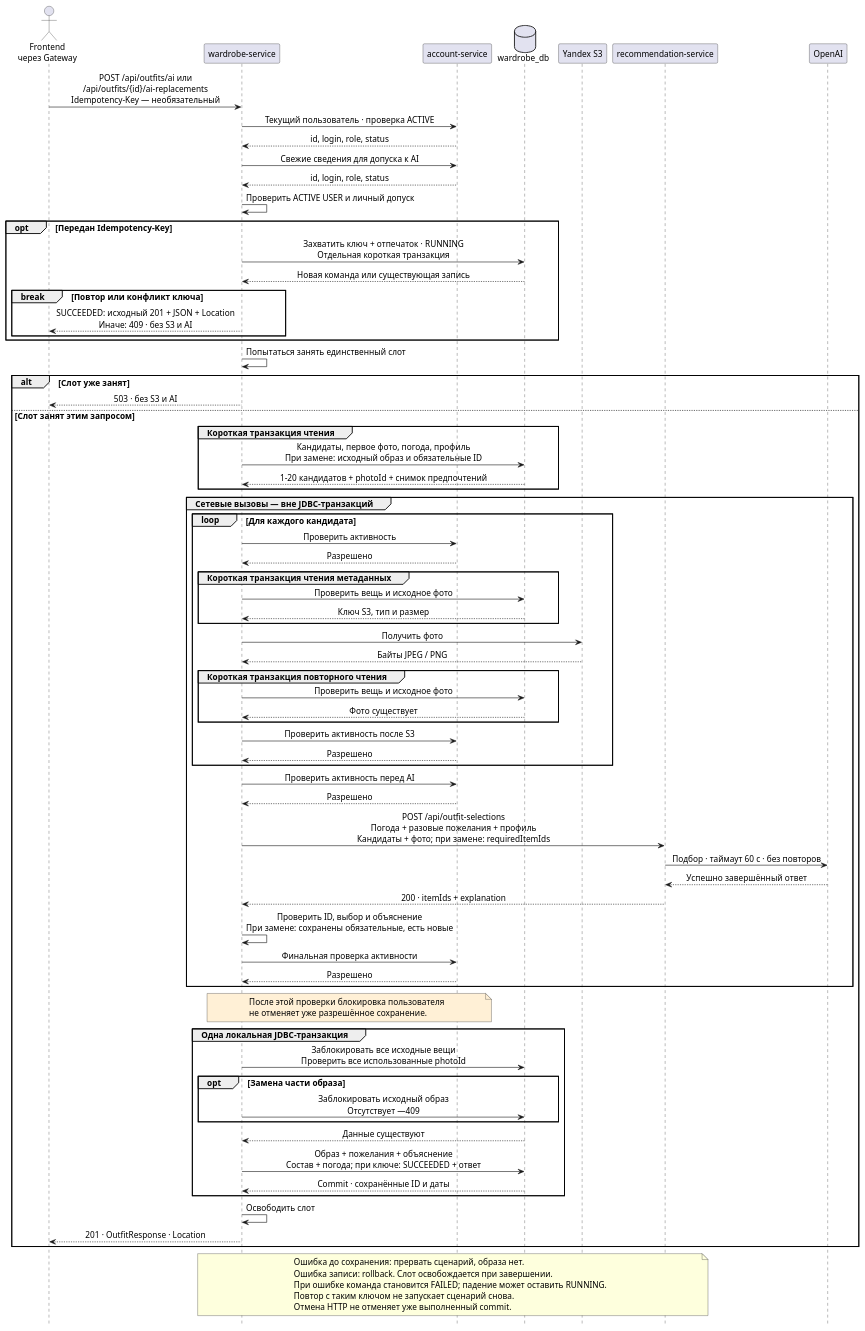
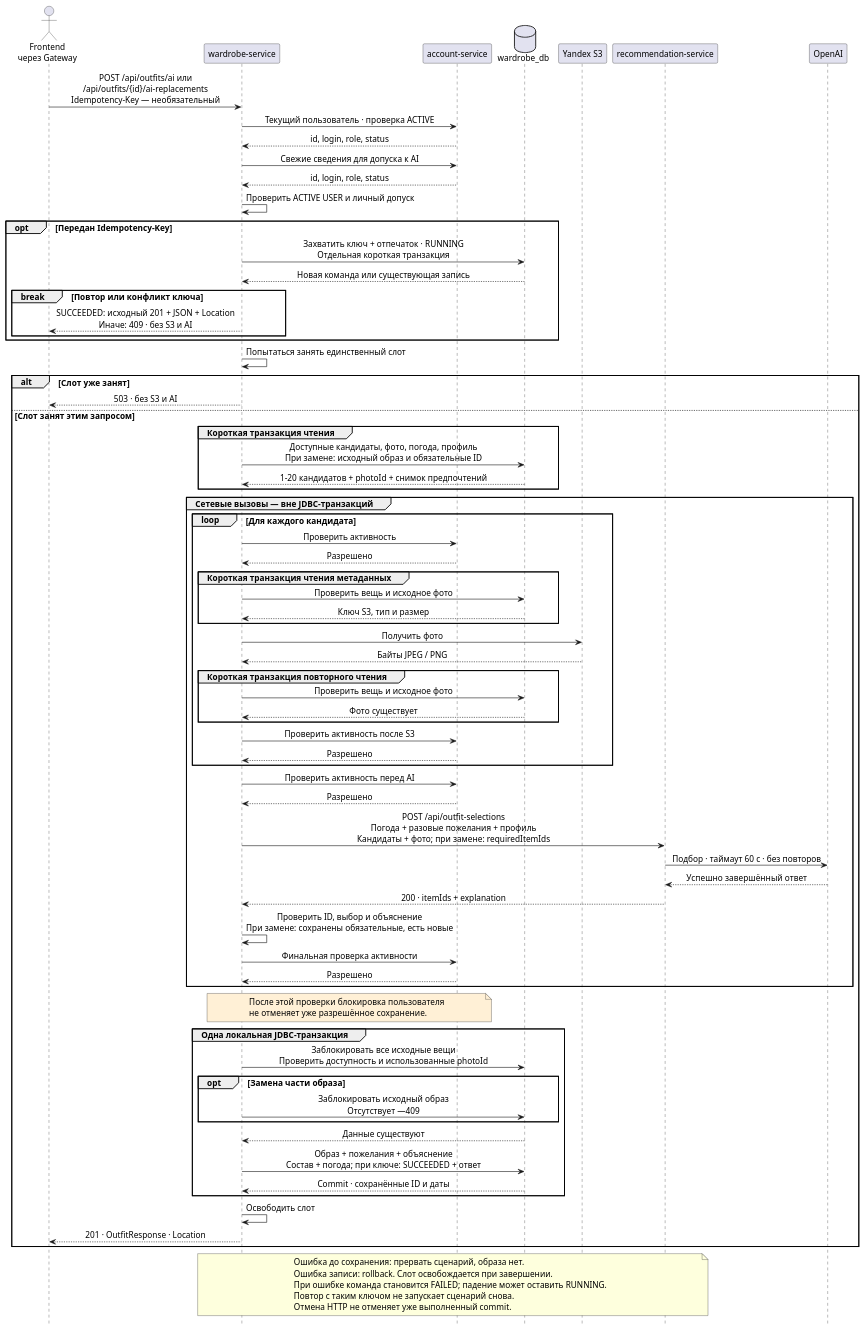
The diagram in docs/lab2/diagrams/ai-selection.puml (SimeonGor/clothes-advisor), drawn with PlantUML before and after one commit. The commit also changed 6 other files, not shown here.

```diff
--- a/docs/lab2/diagrams/ai-selection.puml
+++ b/docs/lab2/diagrams/ai-selection.puml
@@ -1,95 +1,95 @@
 @startuml ai-selection
 skinparam backgroundColor #FFFFFF
 skinparam defaultFontName SansSerif
 skinparam defaultFontSize 14
 skinparam shadowing false
 skinparam sequenceMessageAlign center
 skinparam responseMessageBelowArrow true
 hide footbox
 
 actor "Frontend\nчерез Gateway" as client
 participant "wardrobe-service" as wardrobe
 participant "account-service" as account
 database "wardrobe_db" as db
 participant "Yandex S3" as s3
 participant "recommendation-service" as recommendation
 participant "OpenAI" as ai
 
 client -> wardrobe : POST /api/outfits/ai или\n/api/outfits/{id}/ai-replacements\nIdempotency-Key — необязательный
 wardrobe -> account : Текущий пользователь · проверка ACTIVE
 account --> wardrobe : id, login, role, status
 wardrobe -> account : Свежие сведения для допуска к AI
 account --> wardrobe : id, login, role, status
 wardrobe -> wardrobe : Проверить ACTIVE USER и личный допуск
 
 opt Передан Idempotency-Key
   wardrobe -> db : Захватить ключ + отпечаток · RUNNING\nОтдельная короткая транзакция
   db --> wardrobe : Новая команда или существующая запись
   break Повтор или конфликт ключа
     wardrobe --> client : SUCCEEDED: исходный 201 + JSON + Location\nИначе: 409 · без S3 и AI
   end
 end
 wardrobe -> wardrobe : Попытаться занять единственный слот
 
 alt Слот уже занят
   wardrobe --> client : 503 · без S3 и AI
 else Слот занят этим запросом
   group Короткая транзакция чтения
-    wardrobe -> db : Кандидаты, первое фото, погода, профиль\nПри замене: исходный образ и обязательные ID
+    wardrobe -> db : Доступные кандидаты, фото, погода, профиль\nПри замене: исходный образ и обязательные ID
     db --> wardrobe : 1–20 кандидатов + photoId + снимок предпочтений
   end
 
   group Сетевые вызовы — вне JDBC-транзакций
     loop Для каждого кандидата
       wardrobe -> account : Проверить активность
       account --> wardrobe : Разрешено
       group Короткая транзакция чтения метаданных
         wardrobe -> db : Проверить вещь и исходное фото
         db --> wardrobe : Ключ S3, тип и размер
       end
       wardrobe -> s3 : Получить фото
       s3 --> wardrobe : Байты JPEG / PNG
       group Короткая транзакция повторного чтения
         wardrobe -> db : Проверить вещь и исходное фото
         db --> wardrobe : Фото существует
       end
       wardrobe -> account : Проверить активность после S3
       account --> wardrobe : Разрешено
     end
     wardrobe -> account : Проверить активность перед AI
     account --> wardrobe : Разрешено
     wardrobe -> recommendation : POST /api/outfit-selections\nПогода + разовые пожелания + профиль\nКандидаты + фото; при замене: requiredItemIds
     recommendation -> ai : Подбор · таймаут 60 с · без повторов
     ai --> recommendation : Успешно завершённый ответ
     recommendation --> wardrobe : 200 · itemIds + explanation
     wardrobe -> wardrobe : Проверить ID, выбор и объяснение\nПри замене: сохранены обязательные, есть новые
     wardrobe -> account : Финальная проверка активности
     account --> wardrobe : Разрешено
   end
 
   note over wardrobe, account #FFF0D6
     После этой проверки блокировка пользователя
     не отменяет уже разрешённое сохранение.
   end note
 
   group Одна локальная JDBC-транзакция
-    wardrobe -> db : Заблокировать все исходные вещи\nПроверить все использованные photoId
+    wardrobe -> db : Заблокировать все исходные вещи\nПроверить доступность и использованные photoId
     opt Замена части образа
       wardrobe -> db : Заблокировать исходный образ\nОтсутствует —409
     end
     db --> wardrobe : Данные существуют
     wardrobe -> db : Образ + пожелания + объяснение\nСостав + погода; при ключе: SUCCEEDED + ответ
     db --> wardrobe : Commit · сохранённые ID и даты
   end
   wardrobe -> wardrobe : Освободить слот
   wardrobe --> client : 201 · OutfitResponse · Location
 end
 
 note over wardrobe, recommendation
   Ошибка до сохранения: прервать сценарий, образа нет.
   Ошибка записи: rollback. Слот освобождается при завершении.
   При ошибке команда становится FAILED; падение может оставить RUNNING.
   Повтор с таким ключом не запускает сценарий снова.
   Отмена HTTP не отменяет уже выполненный commit.
 end note
 @enduml
```
